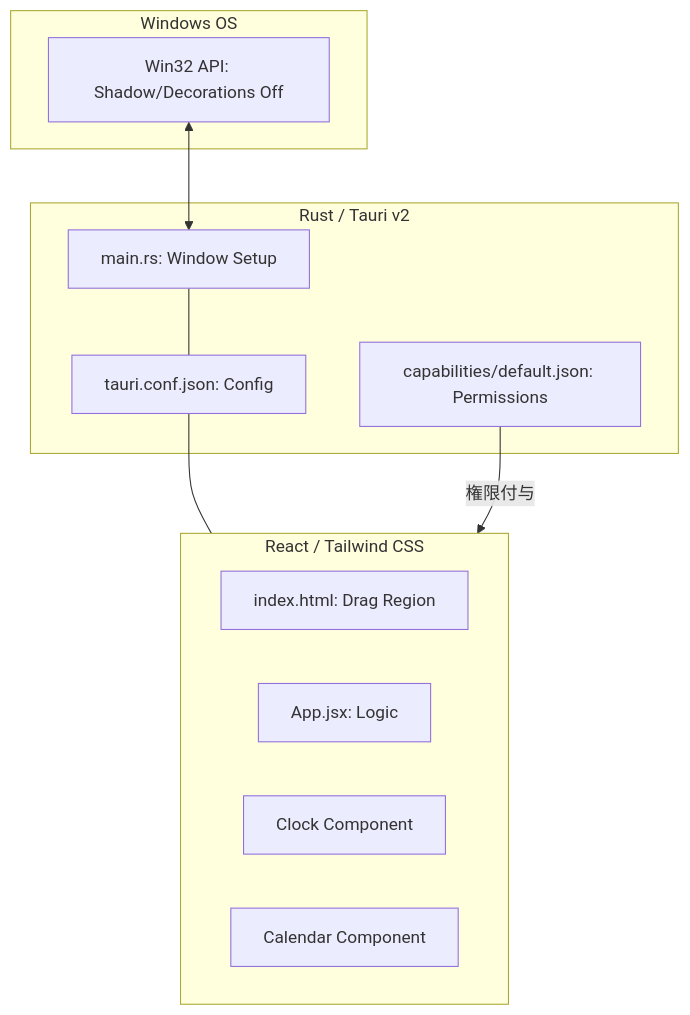
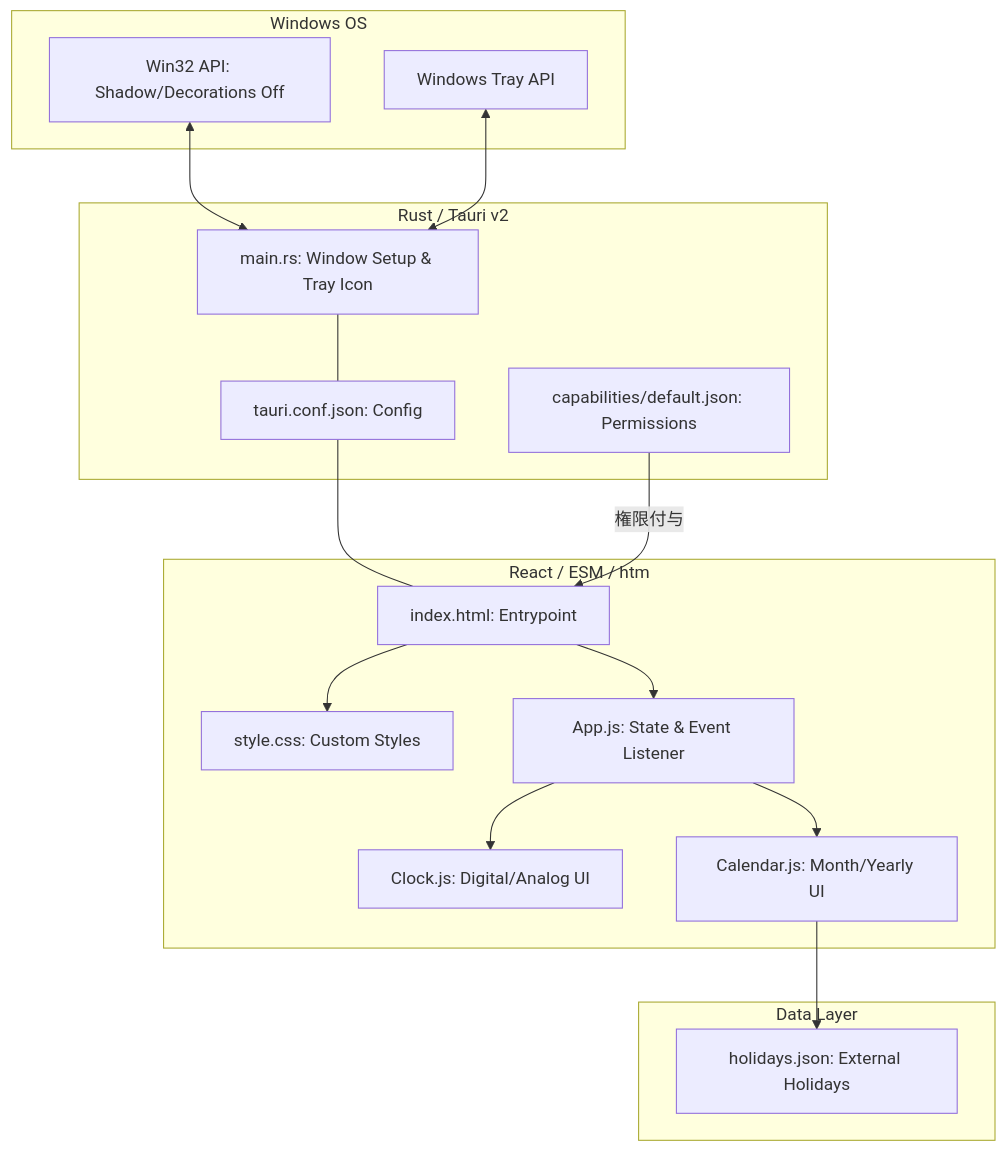
The diagram in docs/SPECIFICATION.md (tkshnkgwr/clondar), drawn with Mermaid before and after one commit. The commit also changed other lines of this file and 15 other files, not shown here.

````diff
--- a/docs/SPECIFICATION.md
+++ b/docs/SPECIFICATION.md
@@ -10,24 +12,36 @@
 ```mermaid
 graph TD
     subgraph OS_Layer [Windows OS]
         WinAPI[Win32 API: Shadow/Decorations Off]
+        TrayAPI[Windows Tray API]
     end
     
     subgraph Tauri_Backend [Rust / Tauri v2]
-        MainRS[main.rs: Window Setup]
+        MainRS[main.rs: Window Setup & Tray Icon]
         Conf[tauri.conf.json: Config]
         Cap[capabilities/default.json: Permissions]
     end
     
-    subgraph Frontend_UI [React / Tailwind CSS]
-        HTML[index.html: Drag Region]
-        App[App.jsx: Logic]
-        Clock[Clock Component]
-        Calendar[Calendar Component]
+    subgraph Frontend_UI [React / ESM / htm]
+        HTML[index.html: Entrypoint]
+        CSS[style.css: Custom Styles]
+        AppJS[App.js: State & Event Listener]
+        ClockJS[Clock.js: Digital/Analog UI]
+        CalendarJS[Calendar.js: Month/Yearly UI]
+    end
+
+    subgraph Config_Data [Data Layer]
+        HolidaysJSON[holidays.json: External Holidays]
     end
 
     WinAPI <--> MainRS
+    TrayAPI <--> MainRS
     MainRS --- Conf
-    Conf --- Frontend_UI
-    Cap -- 権限付与 --> Frontend_UI
+    Conf --- HTML
+    Cap -- 権限付与 --> HTML
+    HTML --> AppJS
+    AppJS --> ClockJS
+    AppJS --> CalendarJS
+    CalendarJS --> HolidaysJSON
+    HTML --> CSS
 ```
````
